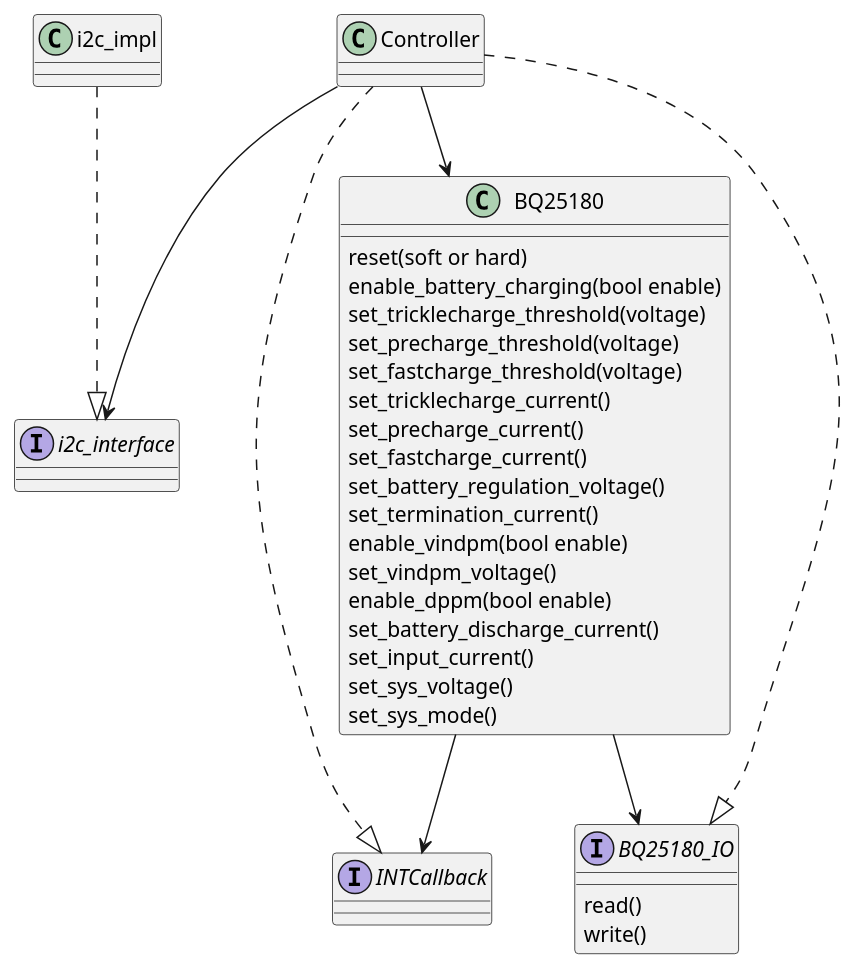
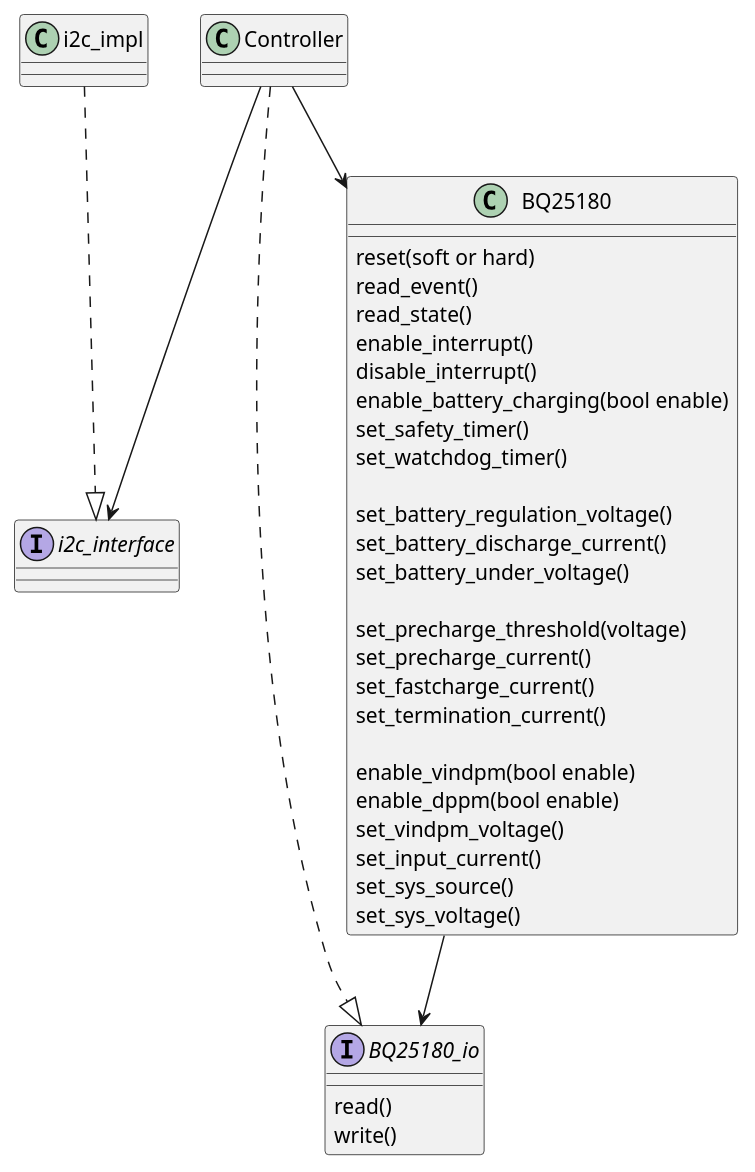
The diagram in docs/sphinx/api/pmu.rst (libmcu/firmware), drawn with PlantUML before and after one commit. The commit also changed other lines of this file and 2 other files, not shown here.

Commit message:
add interface

```diff
--- a/docs/sphinx/api/pmu.rst
+++ b/docs/sphinx/api/pmu.rst
@@ -7,35 +7,42 @@
 .. uml::
     :caption: A Class Diagram
 
     interface i2c_interface {}
-    interface INTCallback {}
-    interface BQ25180_IO {
+    interface BQ25180_io {
         read()
         write()
     }
     class BQ25180 {
         reset(soft or hard)
+        read_event()
+        read_state()
+        enable_interrupt()
+        disable_interrupt()
         enable_battery_charging(bool enable)
-        set_tricklecharge_threshold(voltage)
+        set_safety_timer()
+        set_watchdog_timer()
+
+        set_battery_regulation_voltage()
+        set_battery_discharge_current()
+        set_battery_under_voltage()
+
         set_precharge_threshold(voltage)
-        set_fastcharge_threshold(voltage)
-        set_tricklecharge_current()
         set_precharge_current()
         set_fastcharge_current()
-        set_battery_regulation_voltage()
         set_termination_current()
+
         enable_vindpm(bool enable)
+        enable_dppm(bool enable)
         set_vindpm_voltage()
-        enable_dppm(bool enable)
-        set_battery_discharge_current()
         set_input_current()
+        set_sys_source()
         set_sys_voltage()
-        set_sys_mode()
+        'set_tricklecharge_threshold(voltage)
+        'set_fastcharge_threshold(voltage)
+        'set_tricklecharge_current()
     }
     Controller --> BQ25180
     Controller --> i2c_interface
-    Controller ..|> INTCallback
-    Controller ..|> BQ25180_IO
+    Controller ..|> BQ25180_io
     i2c_impl ..|> i2c_interface
-    BQ25180 --> INTCallback
-    BQ25180 --> BQ25180_IO
+    BQ25180 --> BQ25180_io
```
